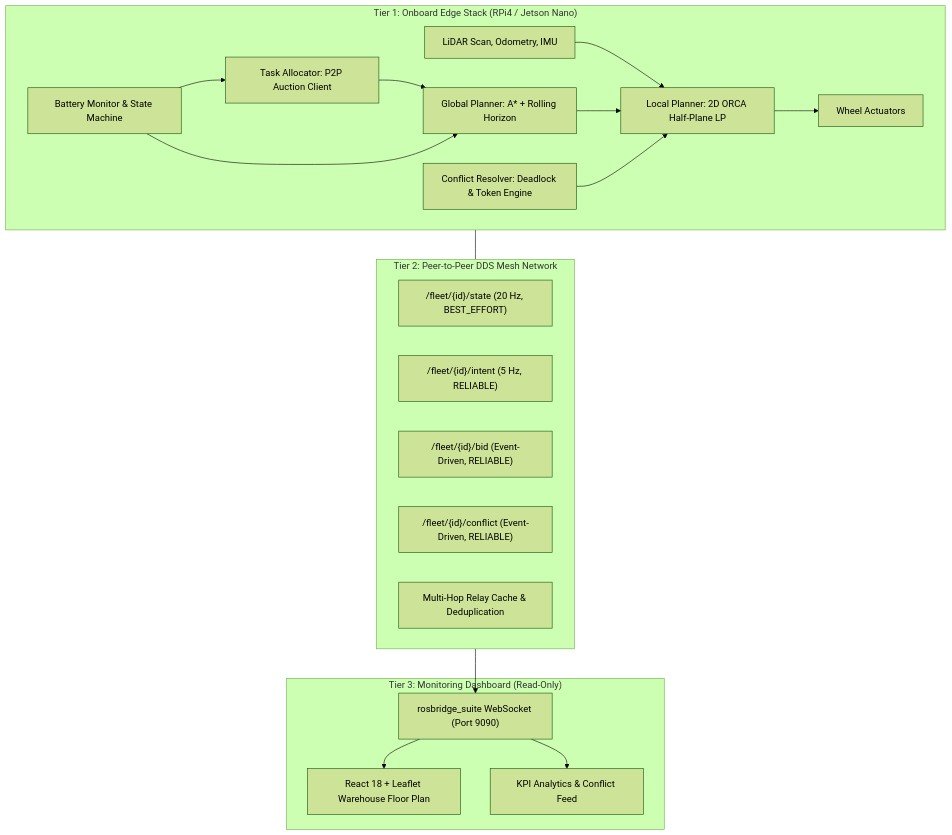
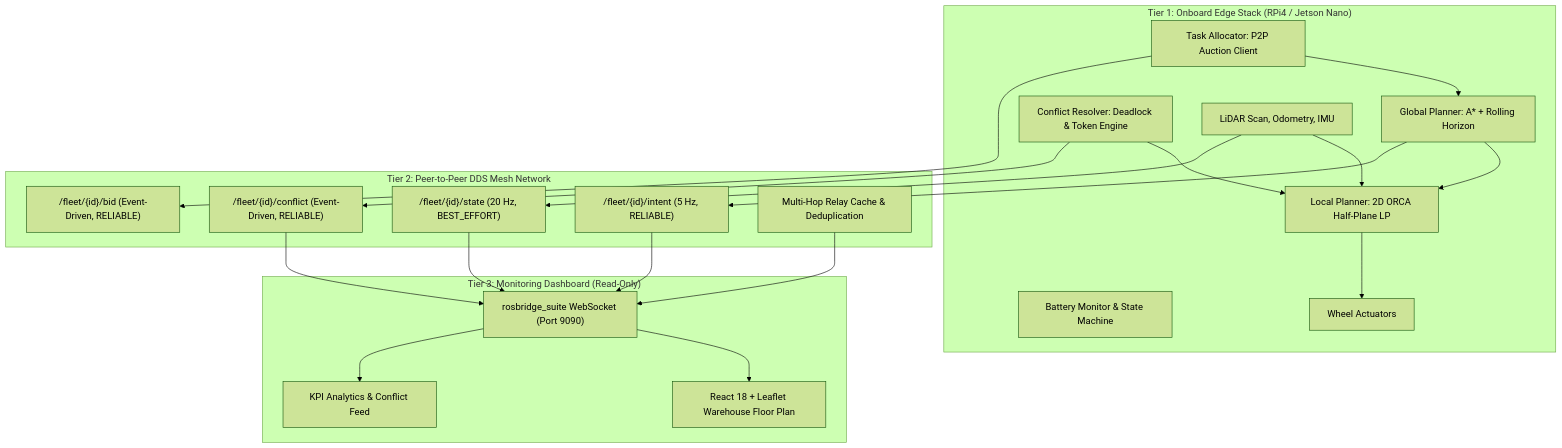
One commit to Hrishabh7664/decentralized-amr-fleet changed the first of 2 diagrams in docs/architecture.md. Above: the diagram before and after it, drawn with Mermaid (forest theme). The commit also changed 1 other file, not shown here.

Commit message:
fix(readme): fix Mermaid node connections and replace broken math with clean code blocks

````diff
--- a/docs/architecture.md
+++ b/docs/architecture.md
@@ -19,39 +19,44 @@
 ```mermaid
 flowchart TD
     subgraph tier1 ["Tier 1: Onboard Edge Stack (RPi4 / Jetson Nano)"]
         GP["Global Planner: A* + Rolling Horizon"]
         LP["Local Planner: 2D ORCA Half-Plane LP"]
         CR["Conflict Resolver: Deadlock & Token Engine"]
         TA["Task Allocator: P2P Auction Client"]
         BM["Battery Monitor & State Machine"]
         Sensors["LiDAR Scan, Odometry, IMU"]
         Motors["Wheel Actuators"]
     end
 
     subgraph tier2 ["Tier 2: Peer-to-Peer DDS Mesh Network"]
         StateTopic["/fleet/{id}/state (20 Hz, BEST_EFFORT)"]
         IntentTopic["/fleet/{id}/intent (5 Hz, RELIABLE)"]
         BidTopic["/fleet/{id}/bid (Event-Driven, RELIABLE)"]
         ConflictTopic["/fleet/{id}/conflict (Event-Driven, RELIABLE)"]
         RelayEngine["Multi-Hop Relay Cache & Deduplication"]
     end
 
     subgraph tier3 ["Tier 3: Monitoring Dashboard (Read-Only)"]
         Bridge["rosbridge_suite WebSocket (Port 9090)"]
         ReactUI["React 18 + Leaflet Warehouse Floor Plan"]
         KPI["KPI Analytics & Conflict Feed"]
     end
 
     Sensors --> LP
     GP --> LP
     LP --> Motors
     CR --> LP
     TA --> GP
-    BM --> TA
-    BM --> GP
+    Sensors --> StateTopic
+    GP --> IntentTopic
+    TA --> BidTopic
+    CR --> ConflictTopic
 
-    tier1 --- tier2
-    tier2 --> Bridge
+    StateTopic --> Bridge
+    IntentTopic --> Bridge
+    ConflictTopic --> Bridge
+    RelayEngine --> Bridge
+
     Bridge --> ReactUI
     Bridge --> KPI
 ```
````
